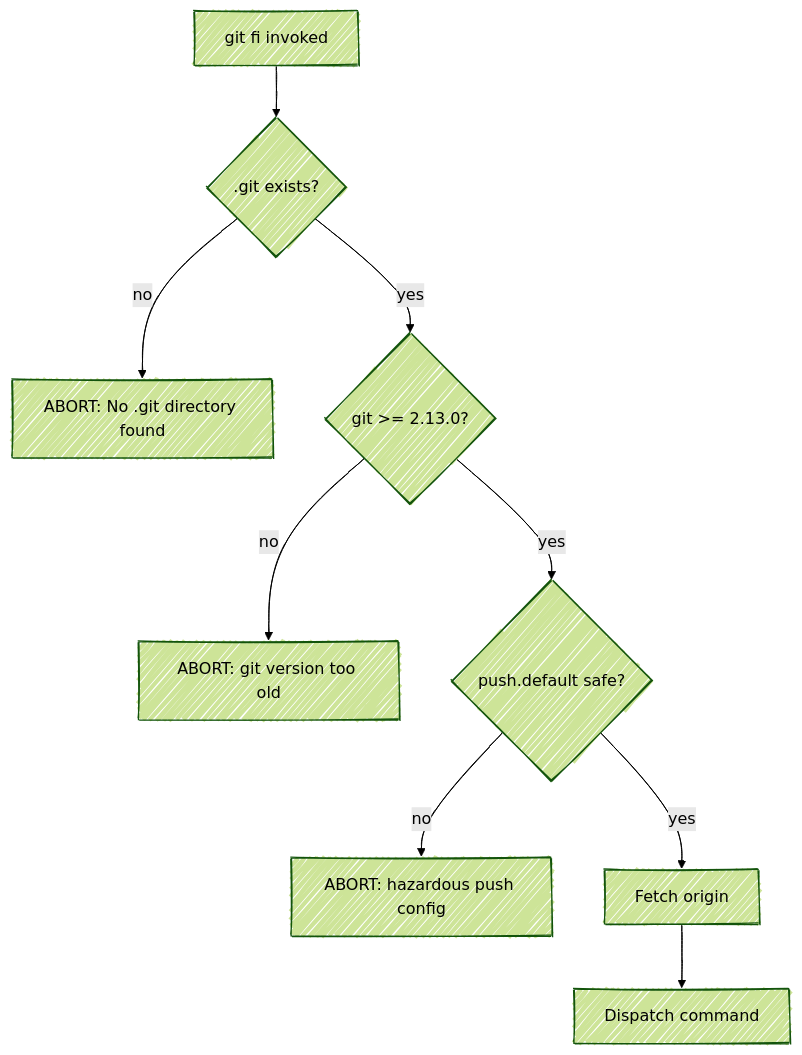
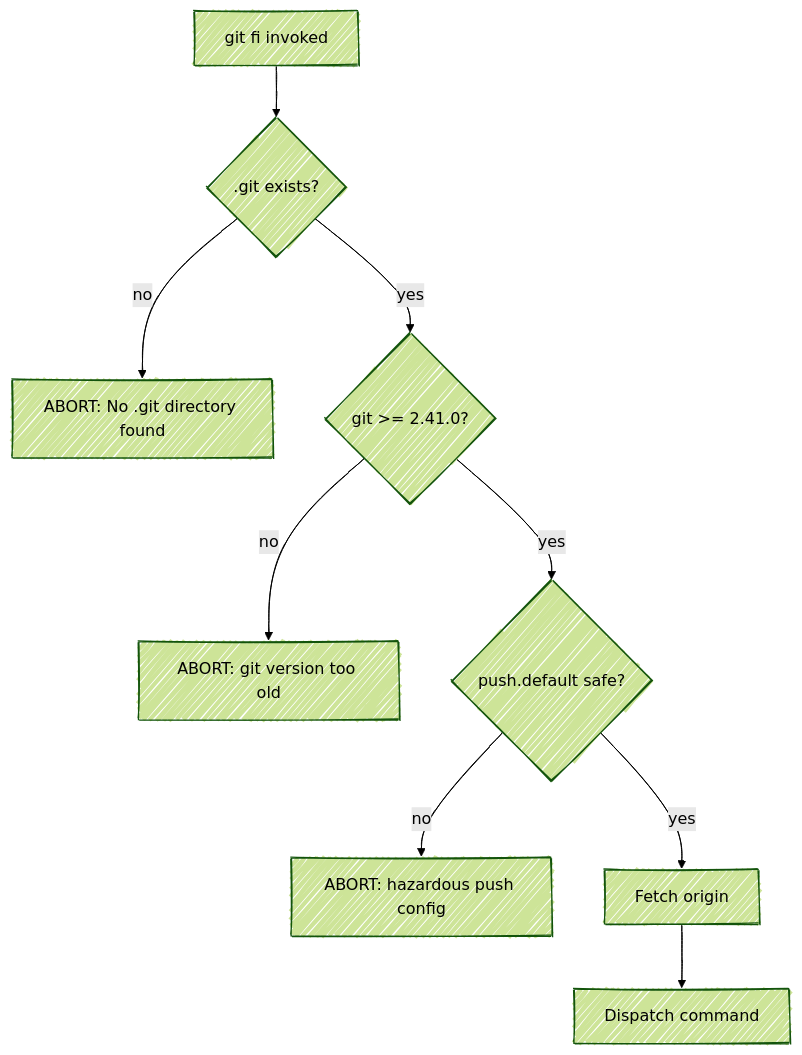
The first of 3 diagrams in SPEC.md (gettyimages/git-fi), drawn with Mermaid (forest theme) before and after one commit. The commit also changed other lines of this file and 19 other files, not shown here.

````diff
--- a/SPEC.md
+++ b/SPEC.md
@@ -27,12 +27,12 @@
 ```mermaid
 %%{ init: { 'look': 'handDrawn' } }%%
 flowchart TD
     A[git fi invoked] --> B{.git exists?}
     B -- no --> B1[ABORT: No .git directory found]
-    B -- yes --> C{git >= 2.13.0?}
+    B -- yes --> C{git >= 2.41.0?}
     C -- no --> C1[ABORT: git version too old]
     C -- yes --> D{push.default safe?}
     D -- no --> D1[ABORT: hazardous push config]
     D -- yes --> E[Fetch origin]
     E --> F[Dispatch command]
 ```
````
